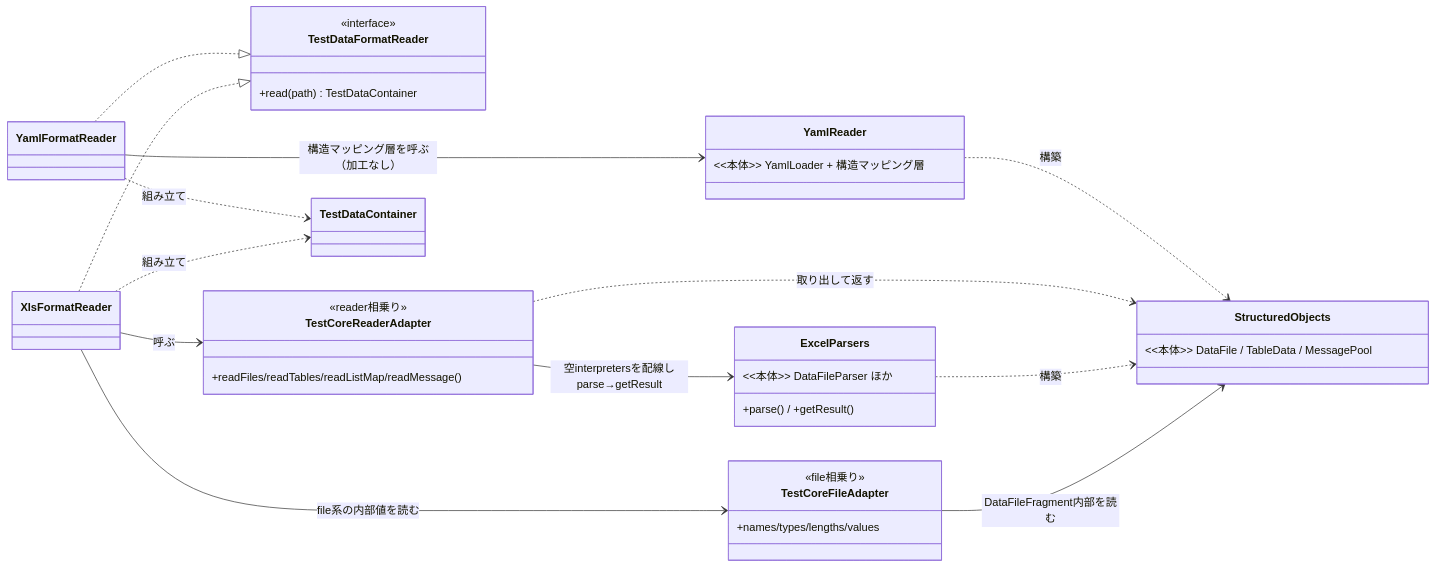
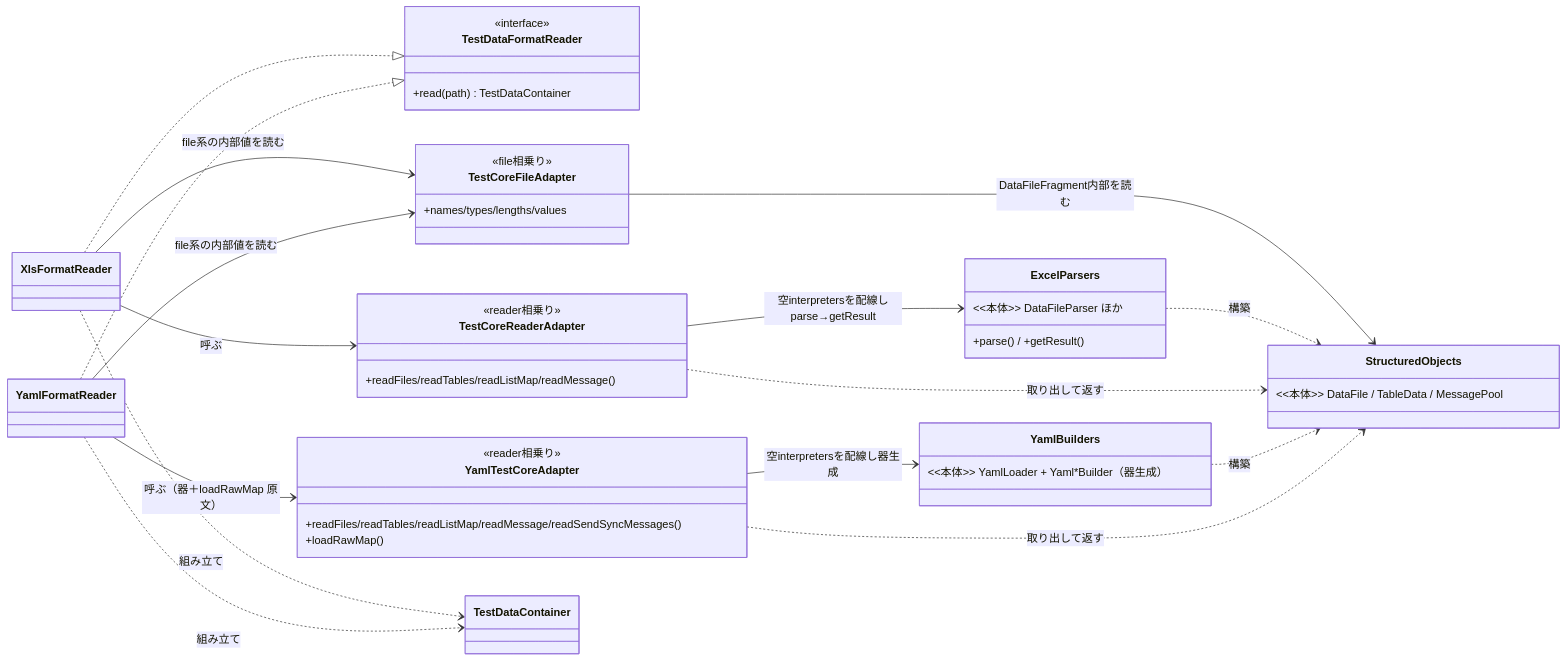
Before and after one commit to nablarch/nablarch-testing: the third of 5 diagrams in docs/pr75/docs/testdata-converter-design.md, drawn with Mermaid. The commit also changed other lines of this file and 1 other file, not shown here.

First line of the commit message:
docs(design): #7 Step4 — §共通 原文復元を Excel=生行/YAML=YamlLoader Map へ一般化

````diff
--- a/docs/pr75/docs/testdata-converter-design.md
+++ b/docs/pr75/docs/testdata-converter-design.md
@@ -218,40 +215,48 @@
 ```mermaid
 classDiagram
 direction LR
 class TestDataFormatReader {
   <<interface>>
   +read(path) TestDataContainer
 }
 class XlsFormatReader
 class YamlFormatReader
 class TestCoreReaderAdapter {
   <<reader相乗り>>
   +readFiles/readTables/readListMap/readMessage()
 }
+class YamlTestCoreAdapter {
+  <<reader相乗り>>
+  +readFiles/readTables/readListMap/readMessage/readSendSyncMessages()
+  +loadRawMap()
+}
 class TestCoreFileAdapter {
   <<file相乗り>>
   +names/types/lengths/values
 }
 class ExcelParsers {
   <<本体>> DataFileParser ほか
   +parse() / +getResult()
 }
-class YamlReader {
-  <<本体>> YamlLoader + 構造マッピング層
+class YamlBuilders {
+  <<本体>> YamlLoader + Yaml*Builder（器生成）
 }
 class StructuredObjects {
   <<本体>> DataFile / TableData / MessagePool
 }
 XlsFormatReader ..|> TestDataFormatReader
 YamlFormatReader ..|> TestDataFormatReader
 XlsFormatReader --> TestCoreReaderAdapter : 呼ぶ
 XlsFormatReader --> TestCoreFileAdapter : file系の内部値を読む
 TestCoreReaderAdapter --> ExcelParsers : 空interpretersを配線しparse→getResult
 TestCoreFileAdapter --> StructuredObjects : DataFileFragment内部を読む
 ExcelParsers ..> StructuredObjects : 構築
 TestCoreReaderAdapter ..> StructuredObjects : 取り出して返す
-YamlFormatReader --> YamlReader : 構造マッピング層を呼ぶ（加工なし）
-YamlReader ..> StructuredObjects : 構築
+YamlFormatReader --> YamlTestCoreAdapter : 呼ぶ（器＋loadRawMap 原文）
+YamlFormatReader --> TestCoreFileAdapter : file系の内部値を読む
+YamlTestCoreAdapter --> YamlBuilders : 空interpretersを配線し器生成
+YamlBuilders ..> StructuredObjects : 構築
+YamlTestCoreAdapter ..> StructuredObjects : 取り出して返す
 XlsFormatReader ..> TestDataContainer : 組み立て
 YamlFormatReader ..> TestDataContainer : 組み立て
 ```
````
